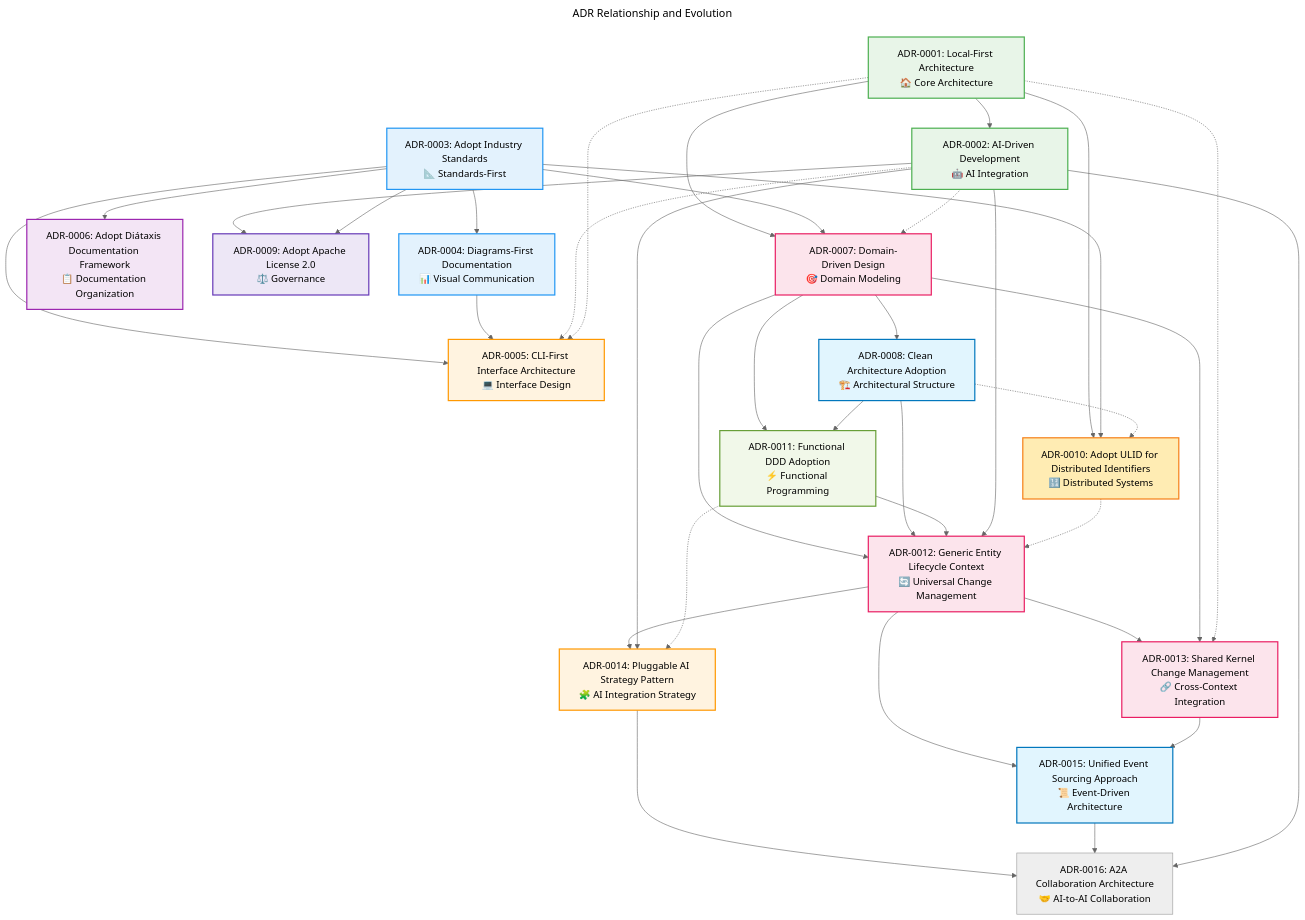
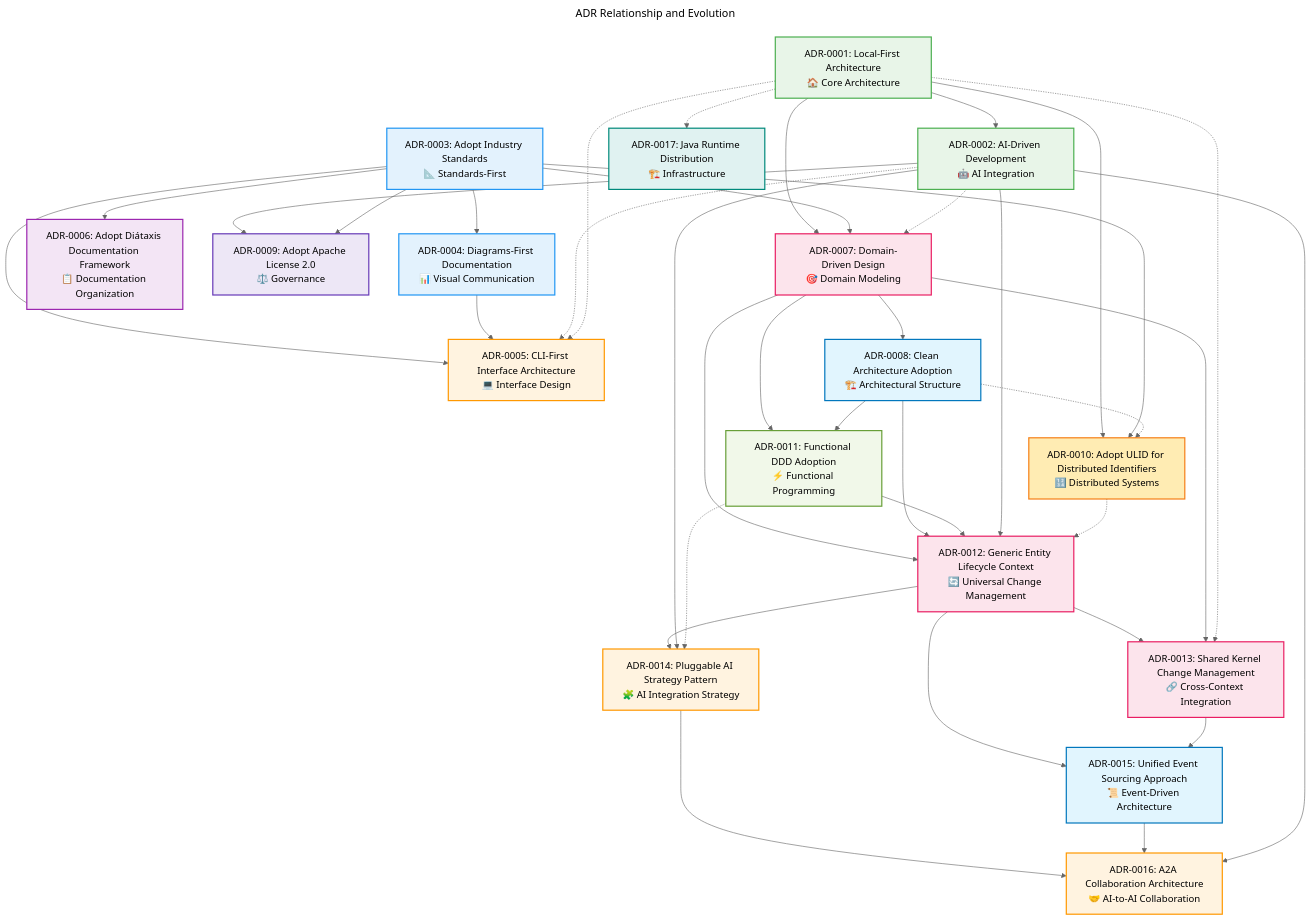
One commit to kamiazya/scopes changed the second of 2 diagrams in docs/explanation/adr/README.md. Above: the diagram before and after it, drawn with Mermaid. The commit also changed other lines of this file and 1 other file, not shown here.

Commit message:
docs: add ADR-0017 for Java runtime distribution decision
- Create ADR documenting the decision to move from GraalVM Native Image to JAR distribution
- Update ADR index and relationship diagram
- Add infrastructure style class for deployment-related ADRs
- Document technical rationale and alternatives considered

This ADR captures the architectural decision made in commits a56d025b and fc70ab3c.

````diff
--- a/docs/explanation/adr/README.md
+++ b/docs/explanation/adr/README.md
@@ -160,6 +160,7 @@
   ADR_0014[ADR-0014: Pluggable AI Strategy Pattern<br/>🧩 AI Integration Strategy]
   ADR_0015[ADR-0015: Unified Event Sourcing Approach<br/>📜 Event-Driven Architecture]
   ADR_0016[ADR-0016: A2A Collaboration Architecture<br/>🤝 AI-to-AI Collaboration]
+  ADR_0017[ADR-0017: Java Runtime Distribution<br/>🏗️ Infrastructure]
 
   %% Dependencies
   ADR_003 --> ADR_004
@@ -201,6 +202,7 @@
   ADR_0010 -.-> ADR_0012
   ADR_001 -.-> ADR_0013
   ADR_0011 -.-> ADR_0014
+  ADR_001 -.-> ADR_0017
 
   %% Styling
   classDef foundation fill:#e8f5e8,stroke:#4caf50,stroke-width:2px
@@ -212,6 +214,7 @@
   classDef distributed fill:#ffecb3,stroke:#f57f17,stroke-width:2px
   classDef structural fill:#e1f5fe,stroke:#0277bd,stroke-width:2px
   classDef functional fill:#f1f8e9,stroke:#689f38,stroke-width:2px
+  classDef infrastructure fill:#e0f2f1,stroke:#00897b,stroke-width:2px
 
 
   class ADR_001,ADR_002 foundation
@@ -227,4 +230,6 @@
   class ADR_0013 architecture
   class ADR_0014 implementation
   class ADR_0015 structural
+  class ADR_0016 implementation
+  class ADR_0017 infrastructure
 ```
````
